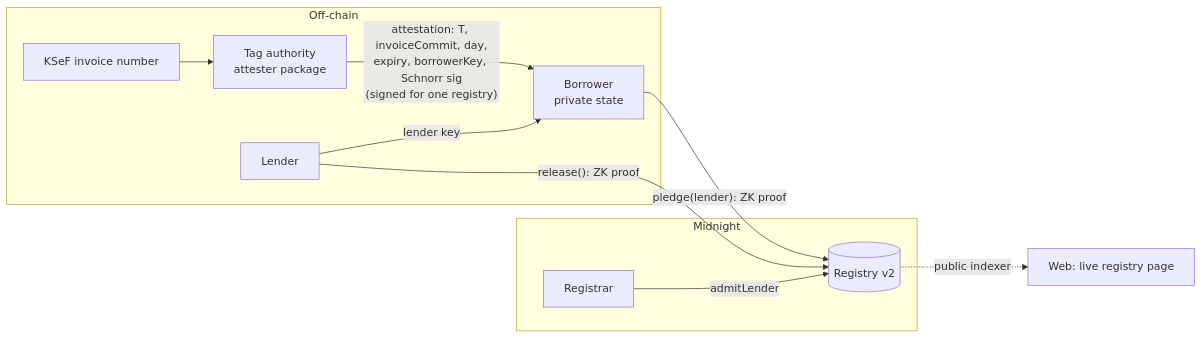
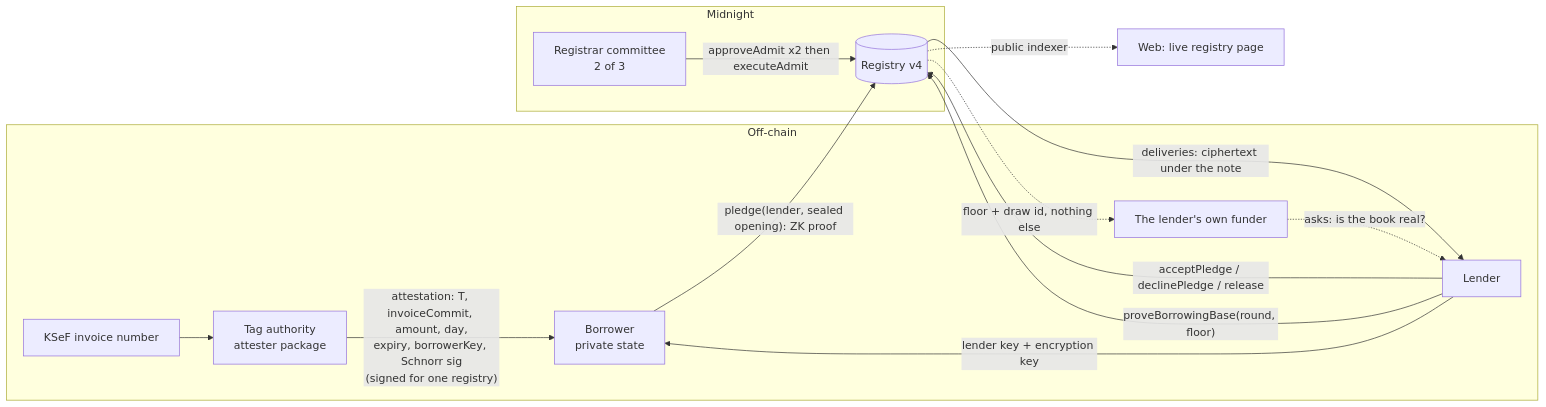
The diagram in README.md (OoJae/onepledge), drawn with Mermaid before and after one commit. The commit also changed other lines of this file and 50 other files, not shown here.

First line of the commit message:
A borrowing base could count one receivable four times

````diff
--- a/README.md
+++ b/README.md
@@ -144,14 +214,18 @@
 ```mermaid
 flowchart LR
   subgraph Off-chain
     KSeF[KSeF invoice number] --> TA[Tag authority<br/>attester package]
-    TA -- "attestation: T, invoiceCommit, day,<br/>expiry, borrowerKey, Schnorr sig<br/>(signed for one registry)" --> B[Borrower<br/>private state]
-    L[Lender] -- "lender key" --> B
+    TA -- "attestation: T, invoiceCommit, amount, day,<br/>expiry, borrowerKey, Schnorr sig<br/>(signed for one registry)" --> B[Borrower<br/>private state]
+    L[Lender] -- "lender key + encryption key" --> B
+    F[The lender's own funder] -. "asks: is the book real?" .-> L
   end
   subgraph Midnight
-    B -- "pledge(lender): ZK proof" --> R[(Registry v2)]
-    L -- "release(): ZK proof" --> R
-    Reg[Registrar] -- "admitLender" --> R
+    B -- "pledge(lender, sealed opening): ZK proof" --> R[(Registry v4)]
+    R -- "deliveries: ciphertext under the note" --> L
+    L -- "acceptPledge / declinePledge / release" --> R
+    L -- "proveBorrowingBase(round, floor)" --> R
+    Reg[Registrar committee<br/>2 of 3] -- "approveAdmit x2 then executeAdmit" --> R
   end
   R -. "public indexer" .-> W[Web: live registry page]
+  R -. "floor + draw id, nothing else" .-> F
 ```
````
